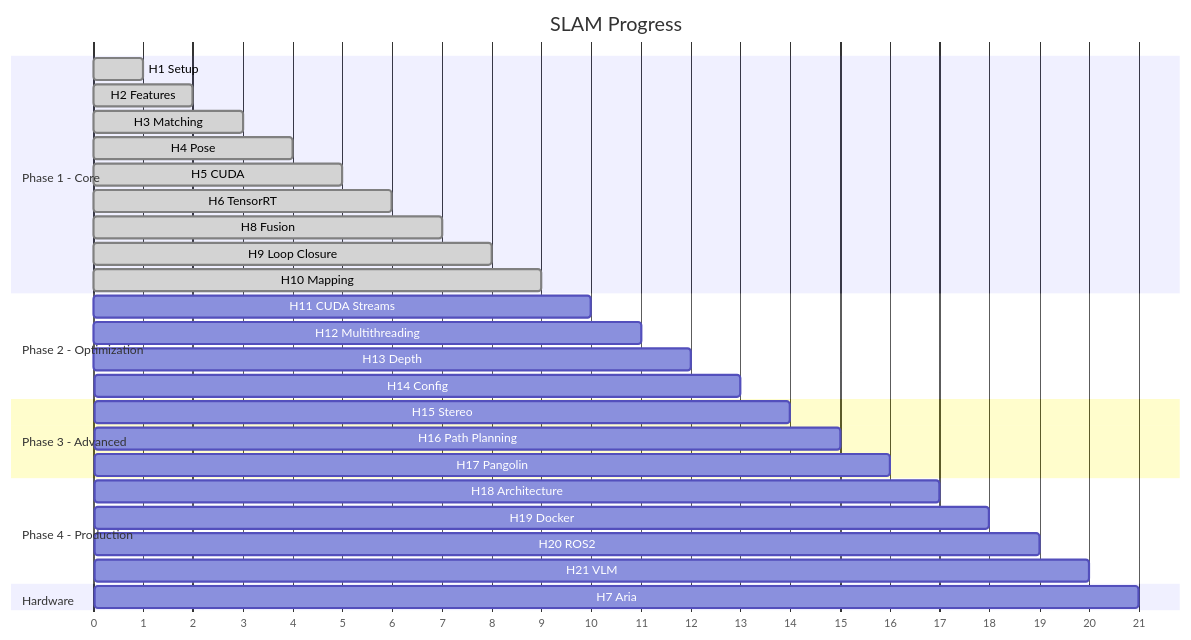
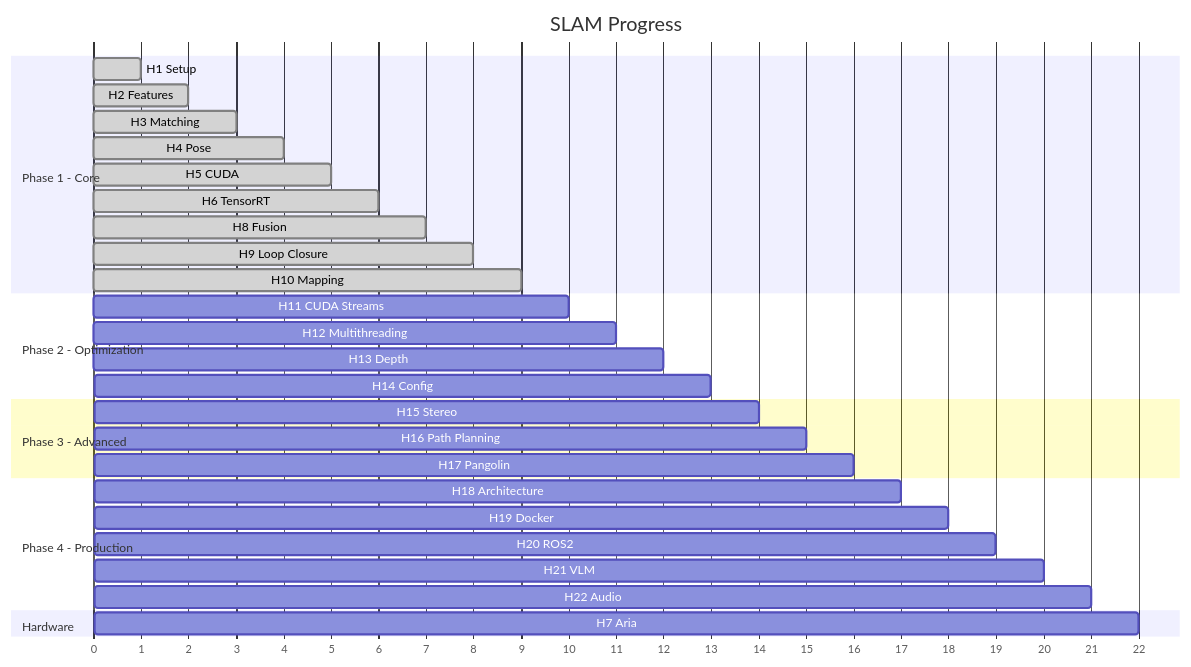
Before and after one commit to robertteleng/aria-slam: diagram 12 of 12 in README.md, drawn with Mermaid. The commit also changed other lines of this file, not shown here.

Commit message:
docs: update Phase 4 milestones (H21 VLM, H22 Audio Feedback)

````diff
--- a/README.md
+++ b/README.md
@@ -532,37 +533,38 @@
 ```mermaid
 gantt
     title SLAM Progress
     dateFormat X
     axisFormat %s
 
     section Phase 1 - Core
     H1 Setup           :done, h1, 0, 1
     H2 Features        :done, h2, 1, 2
     H3 Matching        :done, h3, 2, 3
     H4 Pose            :done, h4, 3, 4
     H5 CUDA            :done, h5, 4, 5
     H6 TensorRT        :done, h6, 5, 6
     H8 Fusion          :done, h8, 6, 7
     H9 Loop Closure    :done, h9, 7, 8
     H10 Mapping        :done, h10, 8, 9
 
     section Phase 2 - Optimization
     H11 CUDA Streams   :h11, 9, 10
     H12 Multithreading :h12, 10, 11
     H13 Depth          :h13, 11, 12
     H14 Config         :h14, 12, 13
 
     section Phase 3 - Advanced
     H15 Stereo         :h15, 13, 14
     H16 Path Planning  :h16, 14, 15
     H17 Pangolin       :h17, 15, 16
 
     section Phase 4 - Production
     H18 Architecture   :h18, 16, 17
     H19 Docker         :h19, 17, 18
     H20 ROS2           :h20, 18, 19
     H21 VLM            :h21, 19, 20
+    H22 Audio          :h22, 20, 21
 
     section Hardware
-    H7 Aria            :h7, 20, 21
+    H7 Aria            :h7, 21, 22
 ```
````
